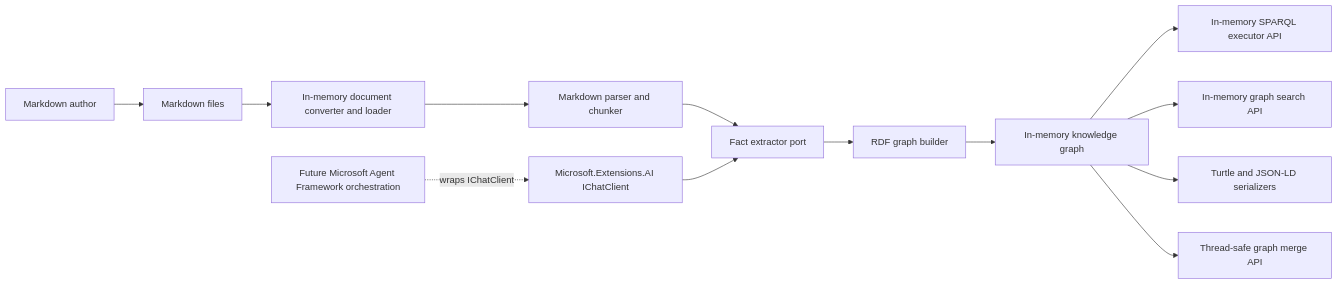
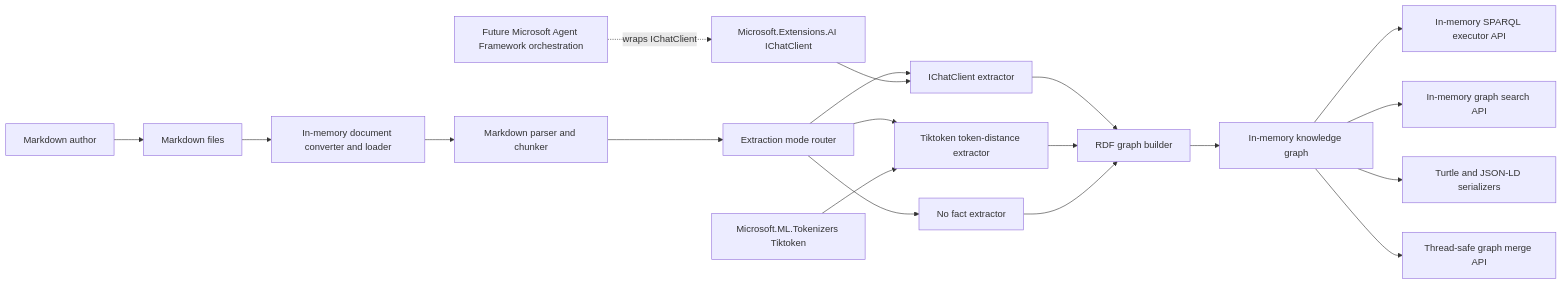
One commit to managedcode/markdown-ld-kb changed the first of 4 diagrams in docs/Architecture.md. Above: the diagram before and after it, drawn with Mermaid. The commit also changed other lines of this file and 52 other files, not shown here.

Commit message:
feat: add tiktoken graph extraction

````diff
--- a/docs/Architecture.md
+++ b/docs/Architecture.md
@@ -17,15 +17,21 @@
 ```mermaid
 flowchart LR
     Author["Markdown author"] --> MarkdownFiles["Markdown files"]
     MarkdownFiles --> Loader["In-memory document converter and loader"]
     Loader --> Parser["Markdown parser and chunker"]
-    Parser --> Extractor["Fact extractor port"]
-    Extractor --> Builder["RDF graph builder"]
+    Parser --> Router["Extraction mode router"]
+    Router --> ChatExtractor["IChatClient extractor"]
+    Router --> TokenExtractor["Tiktoken token-distance extractor"]
+    Router --> NoExtractor["No fact extractor"]
+    ChatExtractor --> Builder["RDF graph builder"]
+    TokenExtractor --> Builder
+    NoExtractor --> Builder
     Builder --> Graph["In-memory knowledge graph"]
     Graph --> Sparql["In-memory SPARQL executor API"]
     Graph --> Search["In-memory graph search API"]
     Graph --> Serializers["Turtle and JSON-LD serializers"]
     Graph --> Merge["Thread-safe graph merge API"]
-    IChatClient["Microsoft.Extensions.AI IChatClient"] --> Extractor
+    IChatClient["Microsoft.Extensions.AI IChatClient"] --> ChatExtractor
+    Tokenizer["Microsoft.ML.Tokenizers Tiktoken"] --> TokenExtractor
     AgentFramework["Future Microsoft Agent Framework orchestration"] -. "wraps IChatClient" .-> IChatClient
 ```
````
